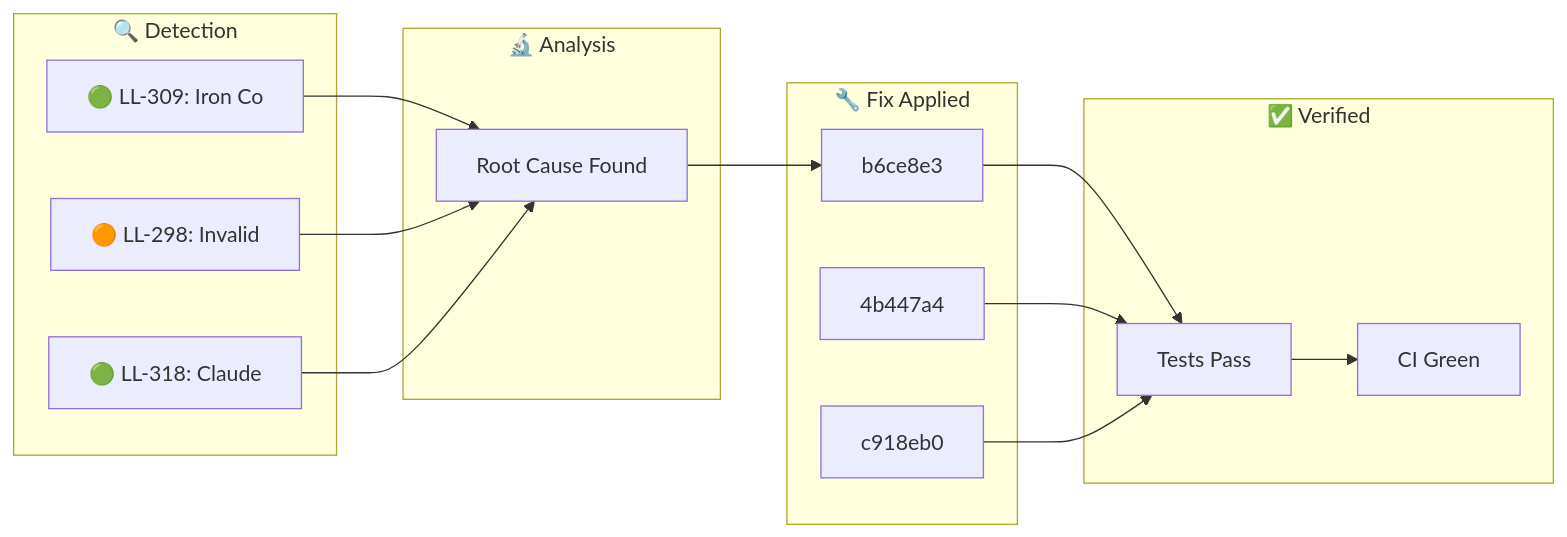
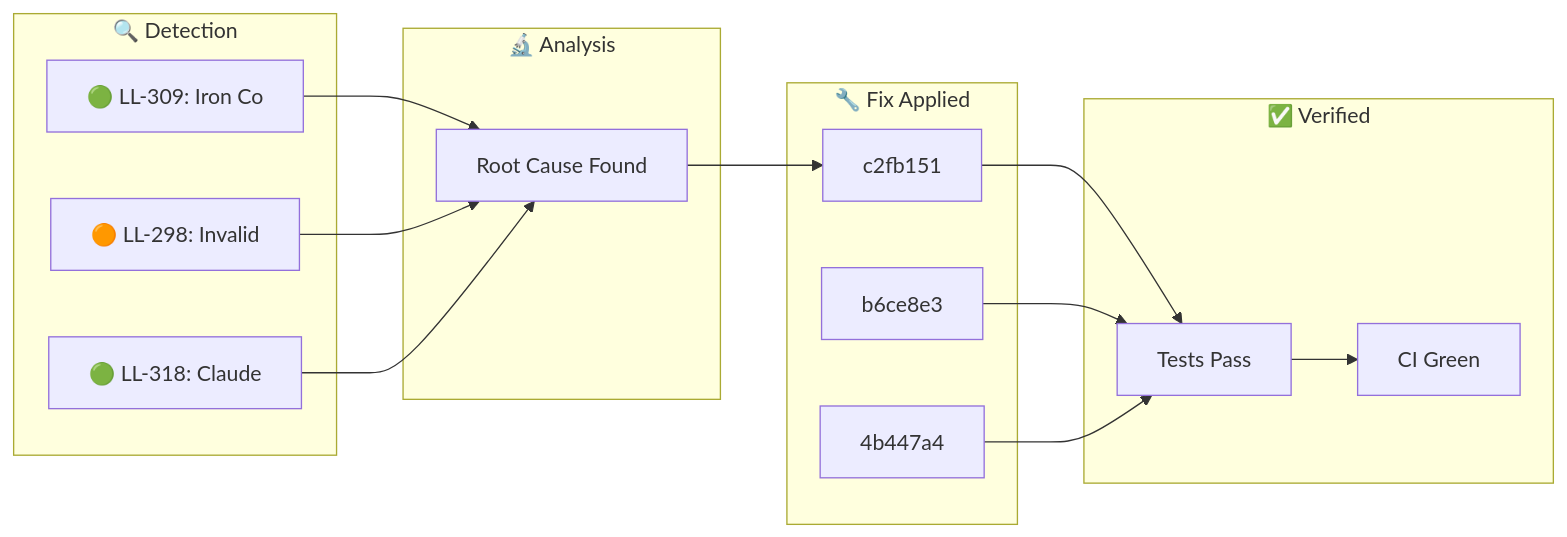
The diagram in docs/_posts/2026-01-31-ralph-discovery.md (YoByron/trading), drawn with Mermaid before and after one commit. The commit also changed other lines of this file, not shown here.

Commit message:
docs(ralph): Auto-publish discovery blog post

````diff
--- a/docs/_posts/2026-01-31-ralph-discovery.md
+++ b/docs/_posts/2026-01-31-ralph-discovery.md
@@ -17,28 +17,28 @@
 ```mermaid
 flowchart LR
     subgraph Detection["🔍 Detection"]
         D1["🟢 LL-309: Iron Co"]
         D2["🟠 LL-298: Invalid"]
         D3["🟢 LL-318: Claude "]
     end
     subgraph Analysis["🔬 Analysis"]
         A1["Root Cause Found"]
     end
     subgraph Fix["🔧 Fix Applied"]
-        F1["b6ce8e3"]
-        F2["4b447a4"]
-        F3["c918eb0"]
+        F1["c2fb151"]
+        F2["b6ce8e3"]
+        F3["4b447a4"]
     end
     subgraph Verify["✅ Verified"]
         V1["Tests Pass"]
         V2["CI Green"]
     end
     D1 --> A1
     D2 --> A1
     D3 --> A1
     A1 --> F1
     F1 --> V1
     F2 --> V1
     F3 --> V1
     V1 --> V2
 ```
````
